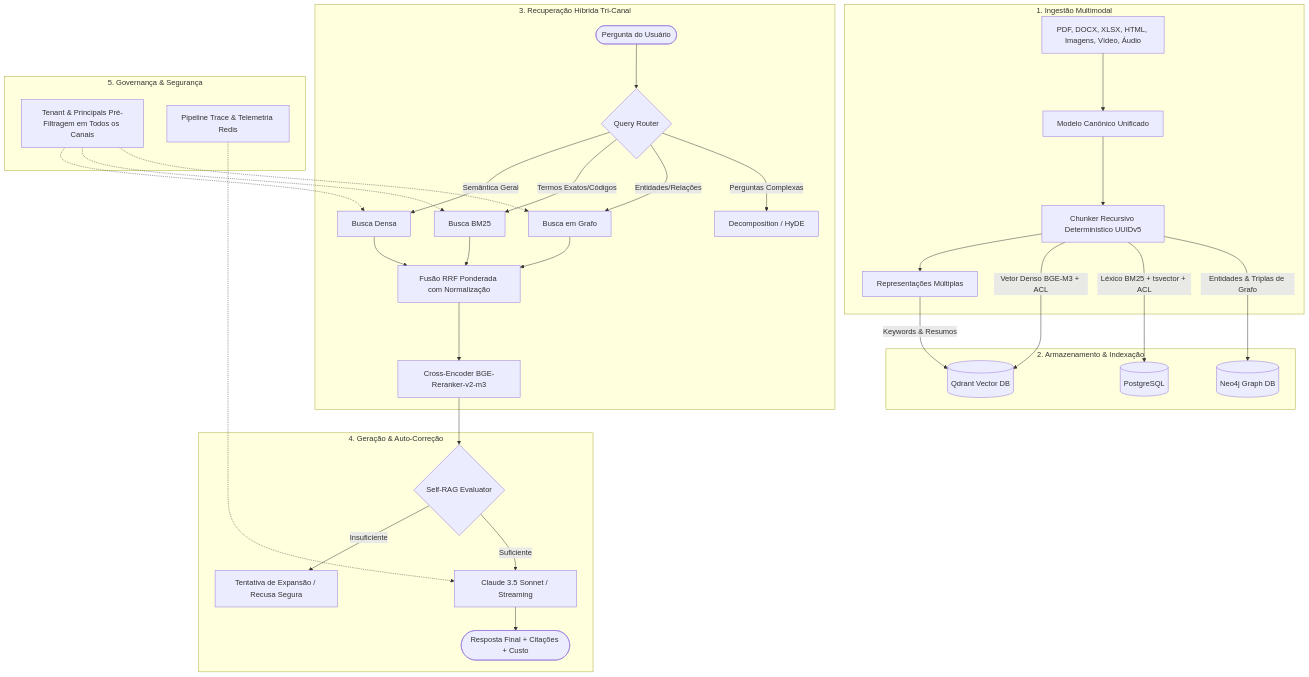
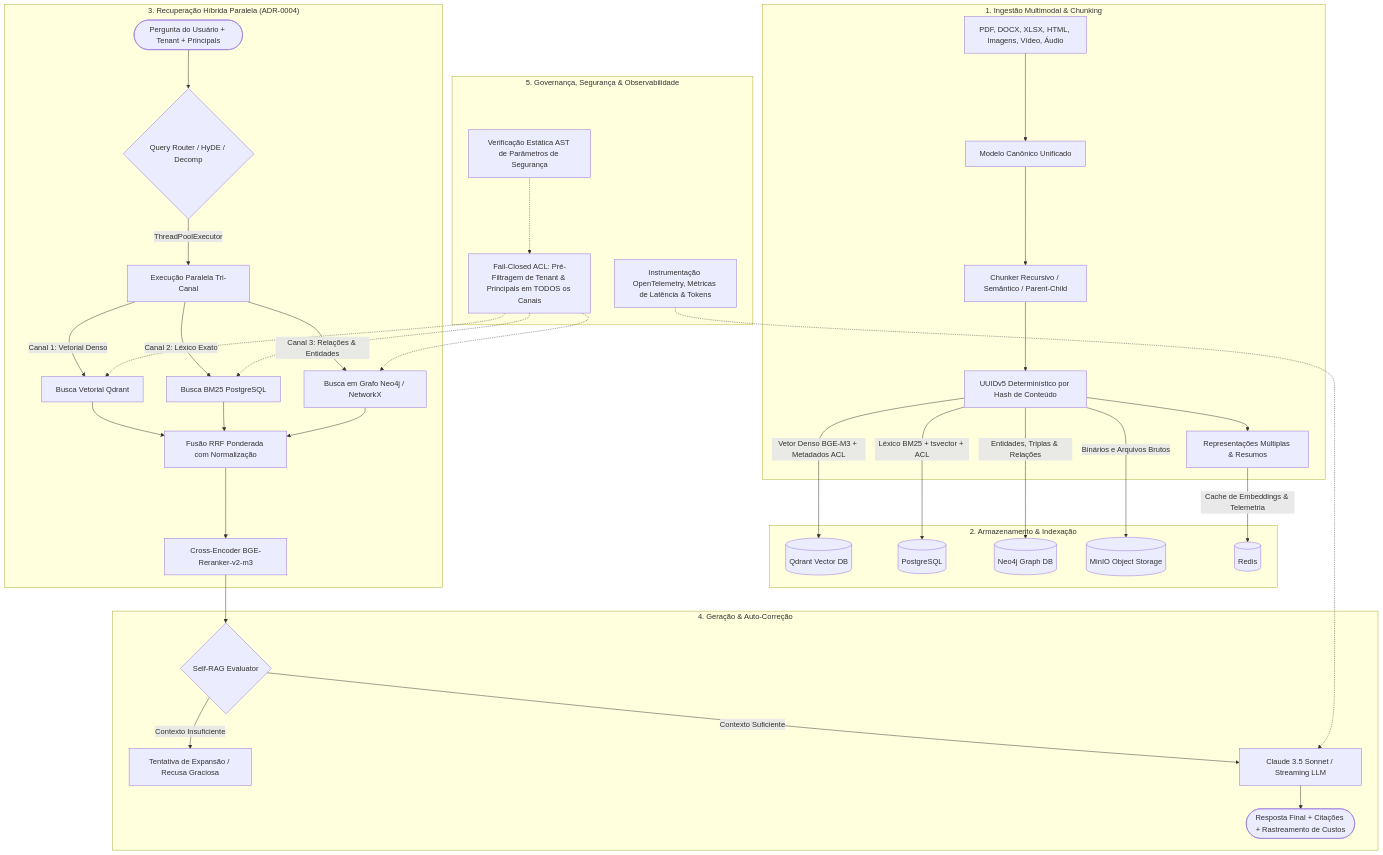
One commit to ciecolopes01/arquiteturaRAG changed the diagram in README.md. Above: the diagram before and after it, drawn with Mermaid. The commit also changed other lines of this file, not shown here.

Commit message:
docs: atualiza README com guia de CLI, suites de teste, arquitetura paralela e visualizacao animada 5s

````diff
--- a/README.md
+++ b/README.md
@@ -9,38 +9,41 @@
 ```mermaid
 flowchart TD
-    subgraph Ingestao ["1. Ingestão Multimodal"]
+    subgraph Ingestao ["1. Ingestão Multimodal & Chunking"]
         Docs[PDF, DOCX, XLSX, HTML, Imagens, Vídeo, Áudio] --> CanonicalModel[Modelo Canônico Unificado]
-        CanonicalModel --> Chunking[Chunker Recursivo Determinístico UUIDv5]
-        Chunking --> MultiVector[Representações Múltiplas]
+        CanonicalModel --> Chunking[Chunker Recursivo / Semântico / Parent-Child]
+        Chunking --> DeterministicUUID[UUIDv5 Determinístico por Hash de Conteúdo]
+        DeterministicUUID --> MultiVector[Representações Múltiplas & Resumos]
     end
 
     subgraph Armazenamento ["2. Armazenamento & Indexação"]
-        Chunking -->|Vetor Denso BGE-M3 + ACL| Qdrant[(Qdrant Vector DB)]
-        Chunking -->|Léxico BM25 + tsvector + ACL| Postgres[(PostgreSQL)]
-        Chunking -->|Entidades & Triplas de Grafo| Neo4j[(Neo4j Graph DB)]
-        MultiVector -->|Keywords & Resumos| Qdrant
+        DeterministicUUID -->|Vetor Denso BGE-M3 + Metadados ACL| Qdrant[(Qdrant Vector DB)]
+        DeterministicUUID -->|Léxico BM25 + tsvector + ACL| Postgres[(PostgreSQL)]
+        DeterministicUUID -->|Entidades, Triplas & Relações| Neo4j[(Neo4j Graph DB)]
+        DeterministicUUID -->|Binários e Arquivos Brutos| MinIO[(MinIO Object Storage)]
+        MultiVector -->|Cache de Embeddings & Telemetria| Redis[(Redis)]
     end
 
-    subgraph Recuperacao ["3. Recuperação Híbrida Tri-Canal"]
-        UserQuery([Pergunta do Usuário]) --> Router{Query Router}
-        Router -->|Semântica Geral| Dense[Busca Densa]
-        Router -->|Termos Exatos/Códigos| BM25[Busca BM25]
-        Router -->|Entidades/Relações| Graph[Busca em Grafo]
-        Router -->|Perguntas Complexas| Decomp[Decomposition / HyDE]
+    subgraph Recuperacao ["3. Recuperação Híbrida Paralela (ADR-0004)"]
+        UserQuery([Pergunta do Usuário + Tenant + Principals]) --> Router{Query Router / HyDE / Decomp}
+        Router -->|ThreadPoolExecutor| ParallelExec[Execução Paralela Tri-Canal]
+        ParallelExec -->|Canal 1: Vetorial Denso| Dense[Busca Vetorial Qdrant]
+        ParallelExec -->|Canal 2: Léxico Exato| BM25[Busca BM25 PostgreSQL]
+        ParallelExec -->|Canal 3: Relações & Entidades| Graph[Busca em Grafo Neo4j / NetworkX]
         
         Dense & BM25 & Graph --> RRF[Fusão RRF Ponderada com Normalização]
         RRF --> Rerank[Cross-Encoder BGE-Reranker-v2-m3]
     end
 
     subgraph Geracao ["4. Geração & Auto-Correção"]
         Rerank --> SelfRAG{Self-RAG Evaluator}
-        SelfRAG -->|Insuficiente| Retry[Tentativa de Expansão / Recusa Segura]
-        SelfRAG -->|Suficiente| Answer[Claude 3.5 Sonnet / Streaming]
-        Answer --> Response([Resposta Final + Citações + Custo])
+        SelfRAG -->|Contexto Insuficiente| Retry[Tentativa de Expansão / Recusa Graciosa]
+        SelfRAG -->|Contexto Suficiente| Answer[Claude 3.5 Sonnet / Streaming LLM]
+        Answer --> Response([Resposta Final + Citações + Rastreamento de Custos])
     end
 
-    subgraph Governanca ["5. Governança & Segurança"]
-        ACL[Tenant & Principals Pré-Filtragem em Todos os Canais] -.-> Dense & BM25 & Graph
-        Audit[Pipeline Trace & Telemetria Redis] -.-> Answer
+    subgraph Governanca ["5. Governança, Segurança & Observabilidade"]
+        ACL[Fail-Closed ACL: Pré-Filtragem de Tenant & Principals em TODOS os Canais] -.-> Dense & BM25 & Graph
+        ASTTest[Verificação Estática AST de Parâmetros de Segurança] -.-> ACL
+        Telemetry[Instrumentação OpenTelemetry, Métricas de Latência & Tokens] -.-> Answer
     end
 ```
````
